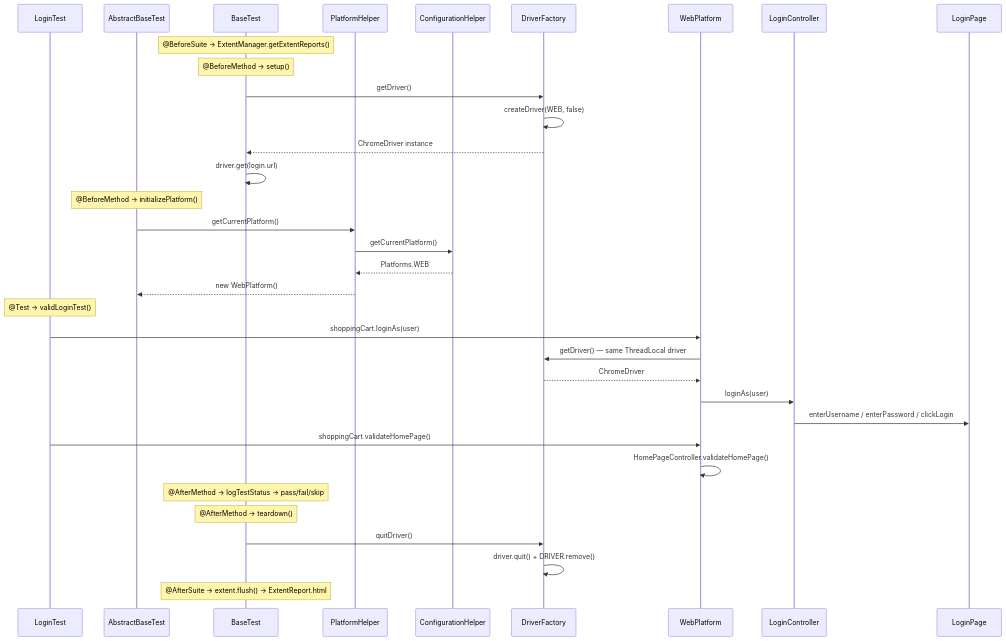
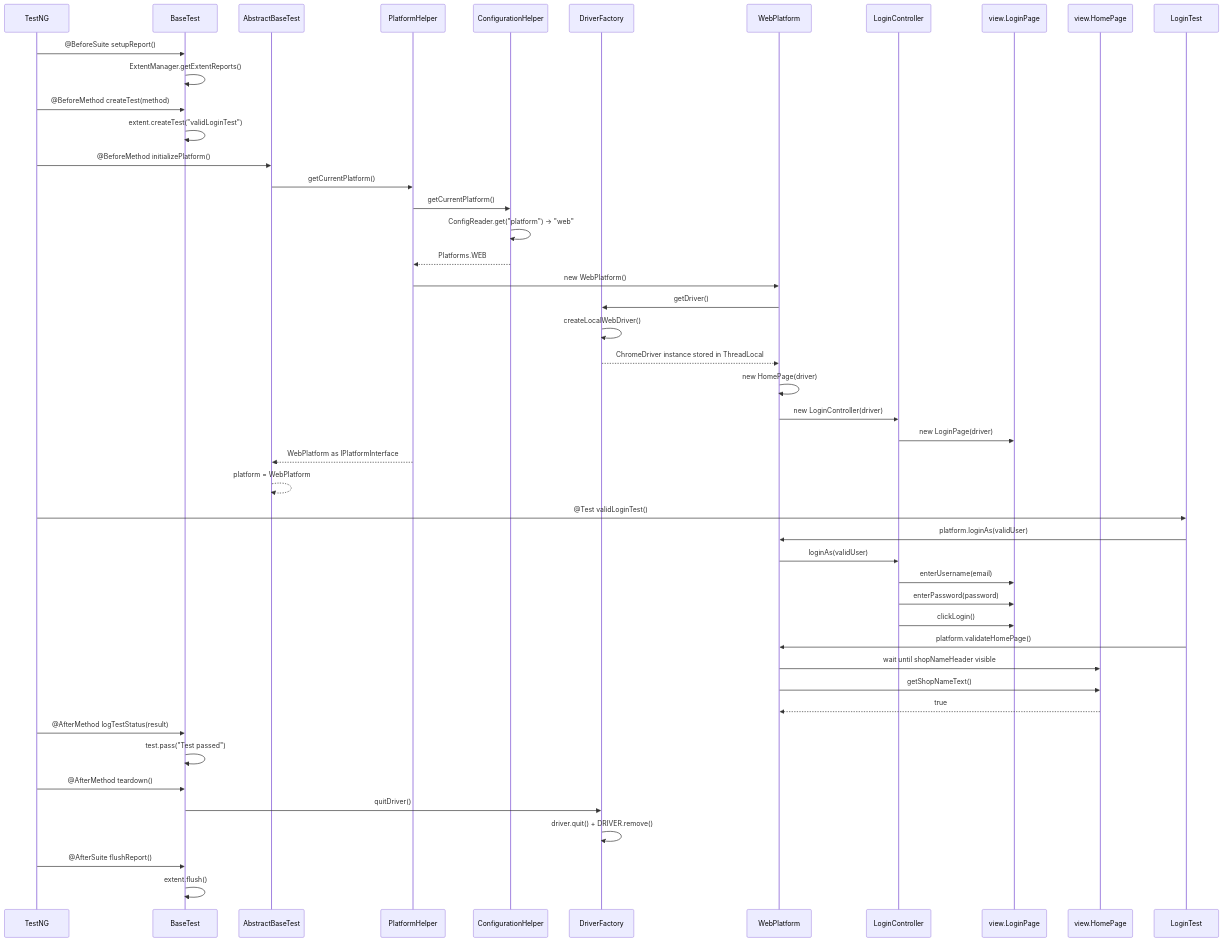
One commit to Vijay-Durairaj/SeleniumFramework changed the sixth of 8 diagrams in README.md. Above: the diagram before and after it, drawn with Mermaid. The commit also changed other lines of this file and 8 other files, not shown here.

````diff
--- a/README.md
+++ b/README.md
@@ -231,43 +365,57 @@
 ```mermaid
 sequenceDiagram
-    participant T as LoginTest
+    participant TNG as TestNG
+    participant BT as BaseTest
     participant AB as AbstractBaseTest
-    participant B as BaseTest
     participant PH as PlatformHelper
     participant CH as ConfigurationHelper
     participant DF as DriverFactory
     participant WP as WebPlatform
     participant LC as LoginController
-    participant LP as LoginPage
+    participant LPV as view.LoginPage
+    participant HPV as view.HomePage
+    participant T as LoginTest
 
-    Note over B: @BeforeSuite → ExtentManager.getExtentReports()
+    TNG->>BT: @BeforeSuite setupReport()
+    BT->>BT: ExtentManager.getExtentReports()
 
-    Note over B: @BeforeMethod → setup()
-    B->>DF: getDriver()
-    DF->>DF: createDriver(WEB, false)
-    DF-->>B: ChromeDriver instance
-    B->>B: driver.get(login.url)
+    TNG->>BT: @BeforeMethod createTest(method)
+    BT->>BT: extent.createTest("validLoginTest")
 
-    Note over AB: @BeforeMethod → initializePlatform()
+    TNG->>AB: @BeforeMethod initializePlatform()
     AB->>PH: getCurrentPlatform()
     PH->>CH: getCurrentPlatform()
+    CH->>CH: ConfigReader.get("platform") → "web"
     CH-->>PH: Platforms.WEB
-    PH-->>AB: new WebPlatform()
+    PH->>WP: new WebPlatform()
+    WP->>DF: getDriver()
+    DF->>DF: createLocalWebDriver()
+    DF-->>WP: ChromeDriver instance stored in ThreadLocal
+    WP->>WP: new HomePage(driver)
+    WP->>LC: new LoginController(driver)
+    LC->>LPV: new LoginPage(driver)
+    PH-->>AB: WebPlatform as IPlatformInterface
+    AB-->>AB: platform = WebPlatform
 
-    Note over T: @Test → validLoginTest()
-    T->>WP: shoppingCart.loginAs(user)
-    WP->>DF: getDriver() — same ThreadLocal driver
-    DF-->>WP: ChromeDriver #1
-    WP->>LC: loginAs(user)
-    LC->>LP: enterUsername / enterPassword / clickLogin
+    TNG->>T: @Test validLoginTest()
+    T->>WP: platform.loginAs(validUser)
+    WP->>LC: loginAs(validUser)
+    LC->>LPV: enterUsername(email)
+    LC->>LPV: enterPassword(password)
+    LC->>LPV: clickLogin()
 
-    T->>WP: shoppingCart.validateHomePage()
-    WP->>WP: HomePageController.validateHomePage()
+    T->>WP: platform.validateHomePage()
+    WP->>HPV: wait until shopNameHeader visible
+    WP->>HPV: getShopNameText()
+    HPV-->>WP: true
 
-    Note over B: @AfterMethod → logTestStatus → pass/fail/skip
-    Note over B: @AfterMethod → teardown()
-    B->>DF: quitDriver()
+    TNG->>BT: @AfterMethod logTestStatus(result)
+    BT->>BT: test.pass("Test passed")
+
+    TNG->>BT: @AfterMethod teardown()
+    BT->>DF: quitDriver()
     DF->>DF: driver.quit() + DRIVER.remove()
 
-    Note over B: @AfterSuite → extent.flush() → ExtentReport.html
+    TNG->>BT: @AfterSuite flushReport()
+    BT->>BT: extent.flush()
 ```
````
